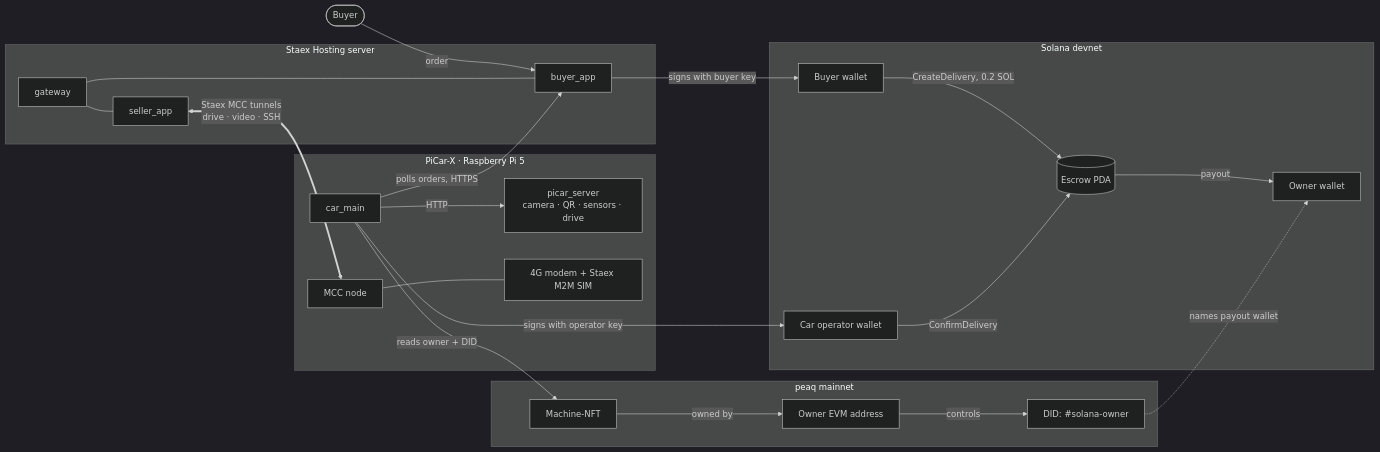
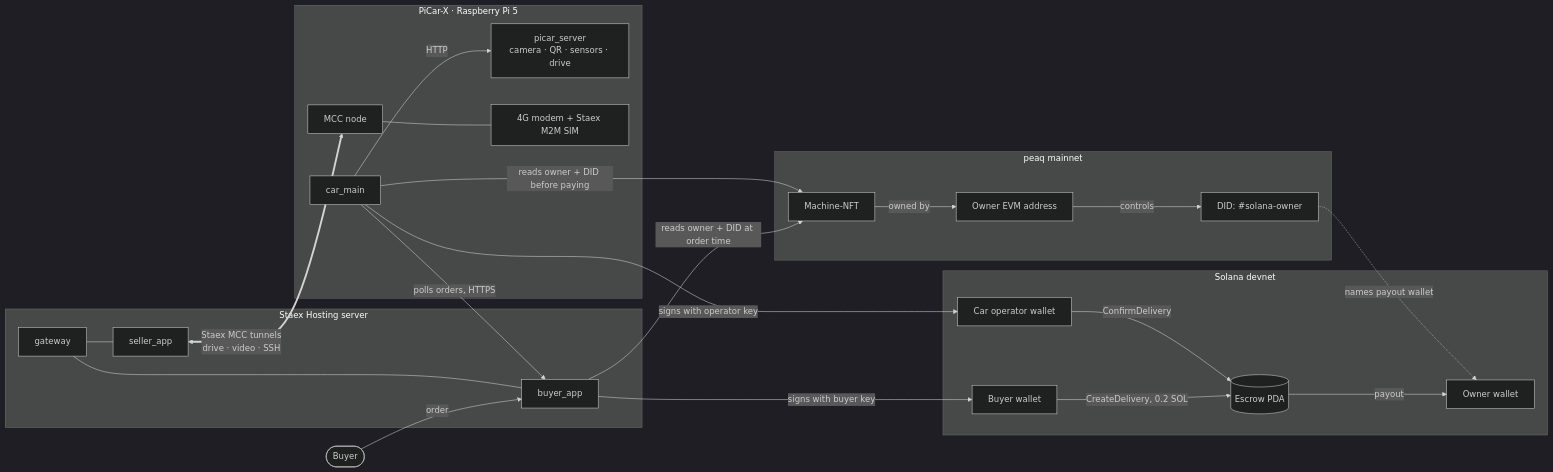
Before and after one commit to kevkaseeker-source/robopay: the diagram in README.md, drawn with Mermaid (dark theme). The commit also changed other lines of this file and 21 other files, not shown here.

````diff
--- a/README.md
+++ b/README.md
@@ -42,27 +51,28 @@
 ```mermaid
 flowchart LR
   Buyer([Buyer]) -->|order| BA[buyer_app]
   subgraph VM[Staex Hosting server]
     GW[gateway] --- BA
     GW --- SA[seller_app]
   end
   subgraph Car[PiCar-X · Raspberry Pi 5]
     CM[car_main] -->|HTTP| PS[picar_server<br/>camera · QR · sensors · drive]
     MCC[MCC node] --- SIM[4G modem + Staex M2M SIM]
   end
   SA <==>|Staex MCC tunnels<br/>drive · video · SSH| MCC
   CM -->|polls orders, HTTPS| BA
   subgraph Solana[Solana devnet]
     BW[Buyer wallet] -->|CreateDelivery, 0.2 SOL| ESC[(Escrow PDA)]
     OP[Car operator wallet] -->|ConfirmDelivery| ESC
     ESC -->|payout| OW[Owner wallet]
   end
   subgraph peaq[peaq mainnet]
     NFT[Machine-NFT] -->|owned by| EVM[Owner EVM address]
     EVM -->|controls| DID[DID: #solana-owner]
   end
   BA -->|signs with buyer key| BW
+  BA -->|reads owner + DID at order time| NFT
   CM -->|signs with operator key| OP
-  CM -->|reads owner + DID| NFT
+  CM -->|reads owner + DID before paying| NFT
   DID -.->|names payout wallet| OW
 ```
````
